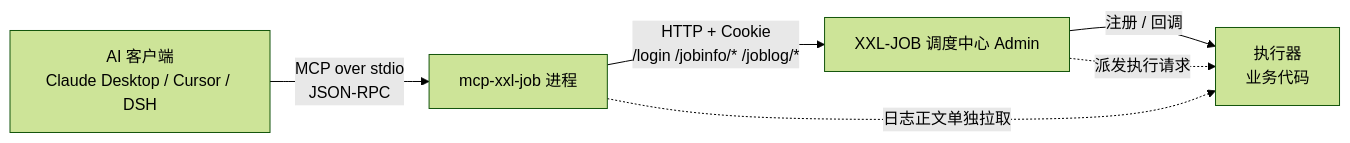
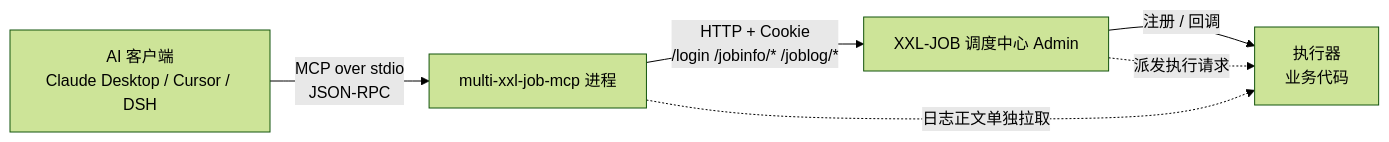
The first of 2 diagrams in docs/ARCHITECTURE.md (SkylerFee/multi-xxl-job-mcp), drawn with Mermaid (forest theme) before and after one commit. The commit also changed other lines of this file and 3 other files, not shown here.

````diff
--- a/docs/ARCHITECTURE.md
+++ b/docs/ARCHITECTURE.md
@@ -12,8 +12,8 @@
 ```mermaid
 flowchart LR
-    A["AI 客户端<br/>Claude Desktop / Cursor / DSH"] -->|"MCP over stdio<br/>JSON-RPC"| B["mcp-xxl-job 进程"]
+    A["AI 客户端<br/>Claude Desktop / Cursor / DSH"] -->|"MCP over stdio<br/>JSON-RPC"| B["multi-xxl-job-mcp 进程"]
     B -->|"HTTP + Cookie<br/>/login /jobinfo/* /joblog/*"| C["XXL-JOB 调度中心 Admin"]
     C -->|"注册 / 回调"| D["执行器<br/>业务代码"]
     C -.->|"派发执行请求"| D
     B -.->|"日志正文单独拉取"| D
 ```
````
